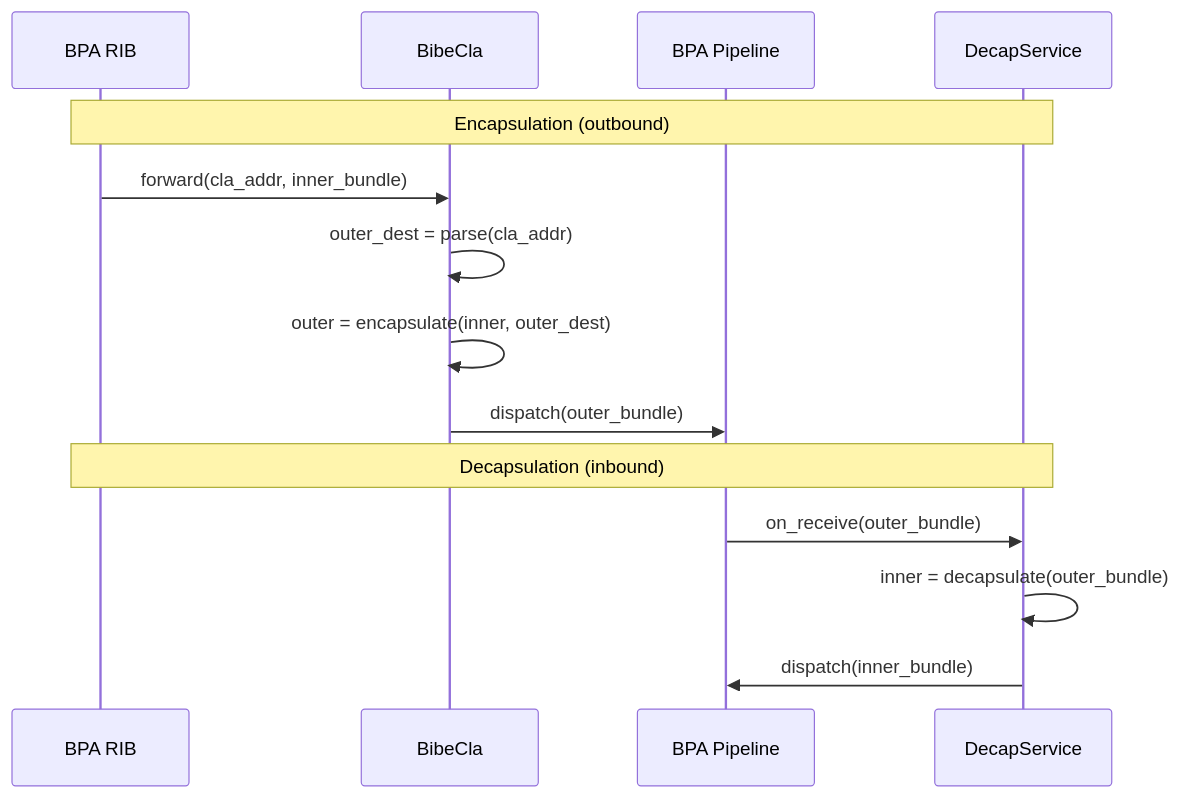
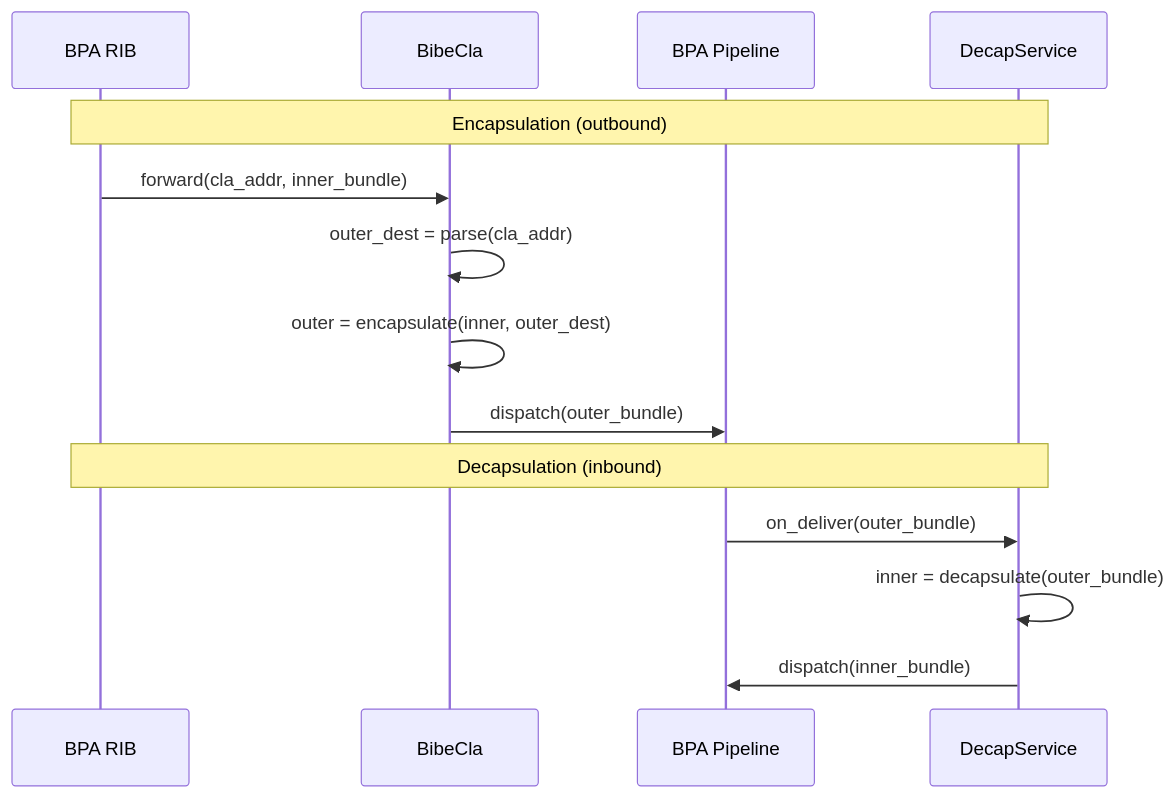
Before and after one commit to ricktaylor/hardy: the first of 11 diagrams in bibe/docs/design.md, drawn with Mermaid. The commit also changed other lines of this file and 53 other files, not shown here.

````diff
--- a/bibe/docs/design.md
+++ b/bibe/docs/design.md
@@ -19,18 +19,18 @@
 ```mermaid
 sequenceDiagram
     participant RIB as BPA RIB
     participant CLA as BibeCla
     participant BPA as BPA Pipeline
     participant SVC as DecapService
 
     Note over RIB,SVC: Encapsulation (outbound)
     RIB->>CLA: forward(cla_addr, inner_bundle)
     CLA->>CLA: outer_dest = parse(cla_addr)
     CLA->>CLA: outer = encapsulate(inner, outer_dest)
     CLA->>BPA: dispatch(outer_bundle)
 
     Note over RIB,SVC: Decapsulation (inbound)
-    BPA->>SVC: on_receive(outer_bundle)
+    BPA->>SVC: on_deliver(outer_bundle)
     SVC->>SVC: inner = decapsulate(outer_bundle)
     SVC->>BPA: dispatch(inner_bundle)
 ```
````
